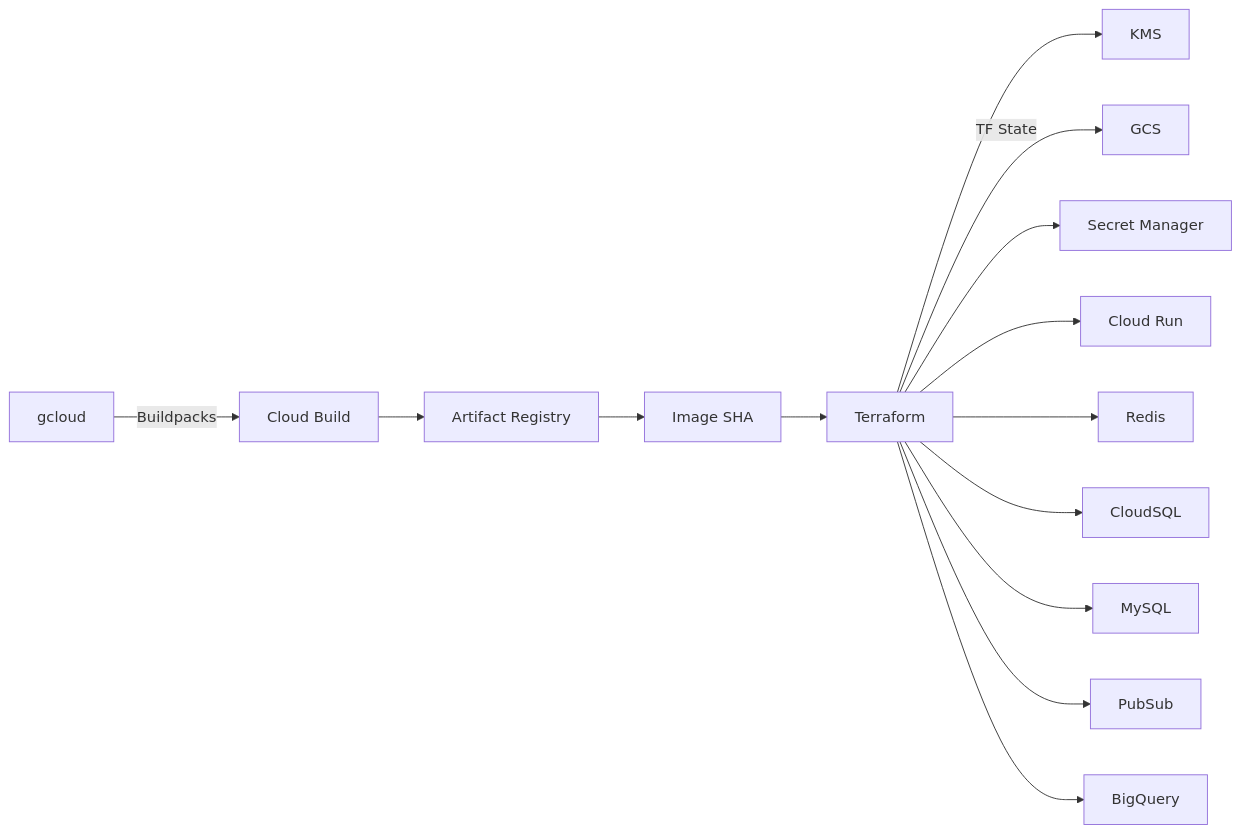
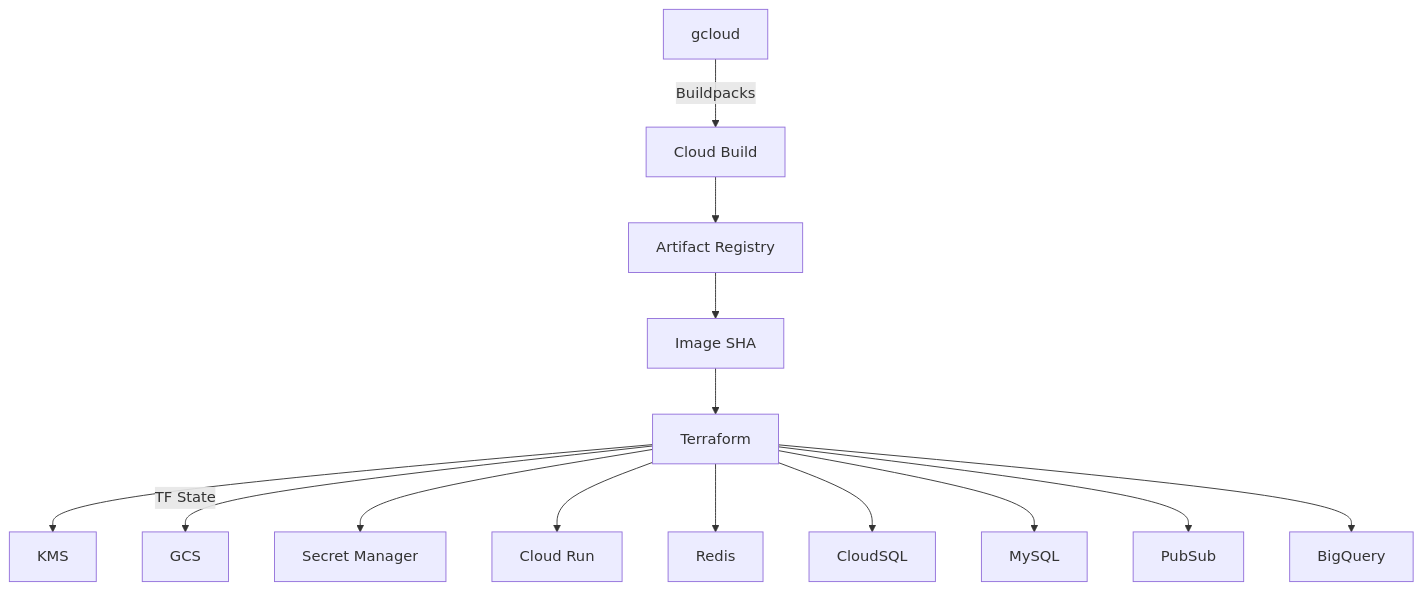
Before and after one commit to smsohan/immerse-next: the second of 2 diagrams in README.md, drawn with Mermaid.

Commit message:
Changed graph orientation

````diff
--- a/README.md
+++ b/README.md
@@ -78,13 +78,13 @@
 ```mermaid
-flowchart LR
+flowchart TB
 gcloud -- Buildpacks --> CB[Cloud Build] --> AR[Artifact Registry] --> Image[Image SHA] -->
 Terraform --> KMS
 Terraform -- TF State --> GCS
 Terraform --> SM[Secret Manager]
 Terraform --> CR[Cloud Run]
 Terraform --> Redis
 Terraform --> CloudSQL
 Terraform --> MySQL
 Terraform --> PubSub
 Terraform --> BigQuery
 ```
````
